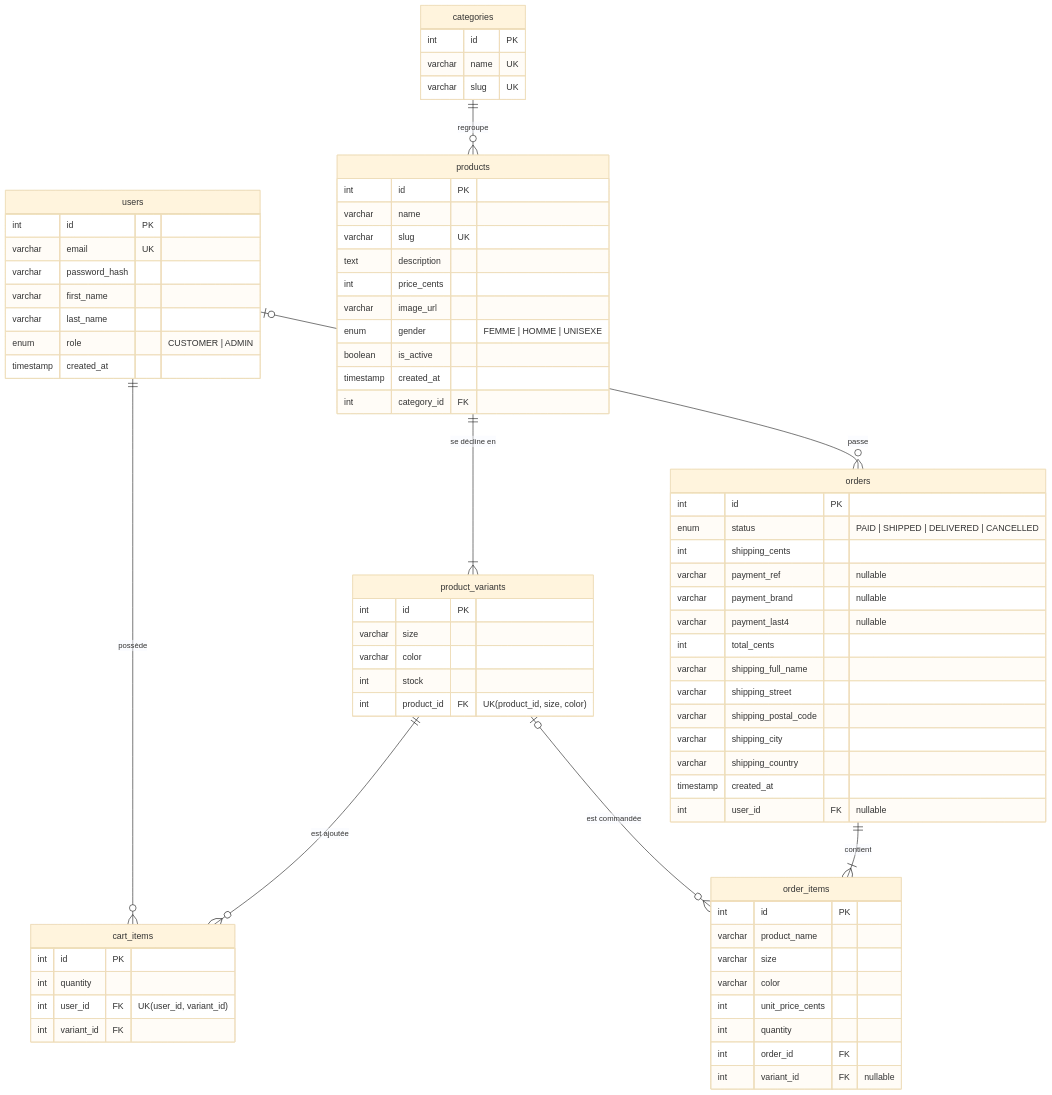
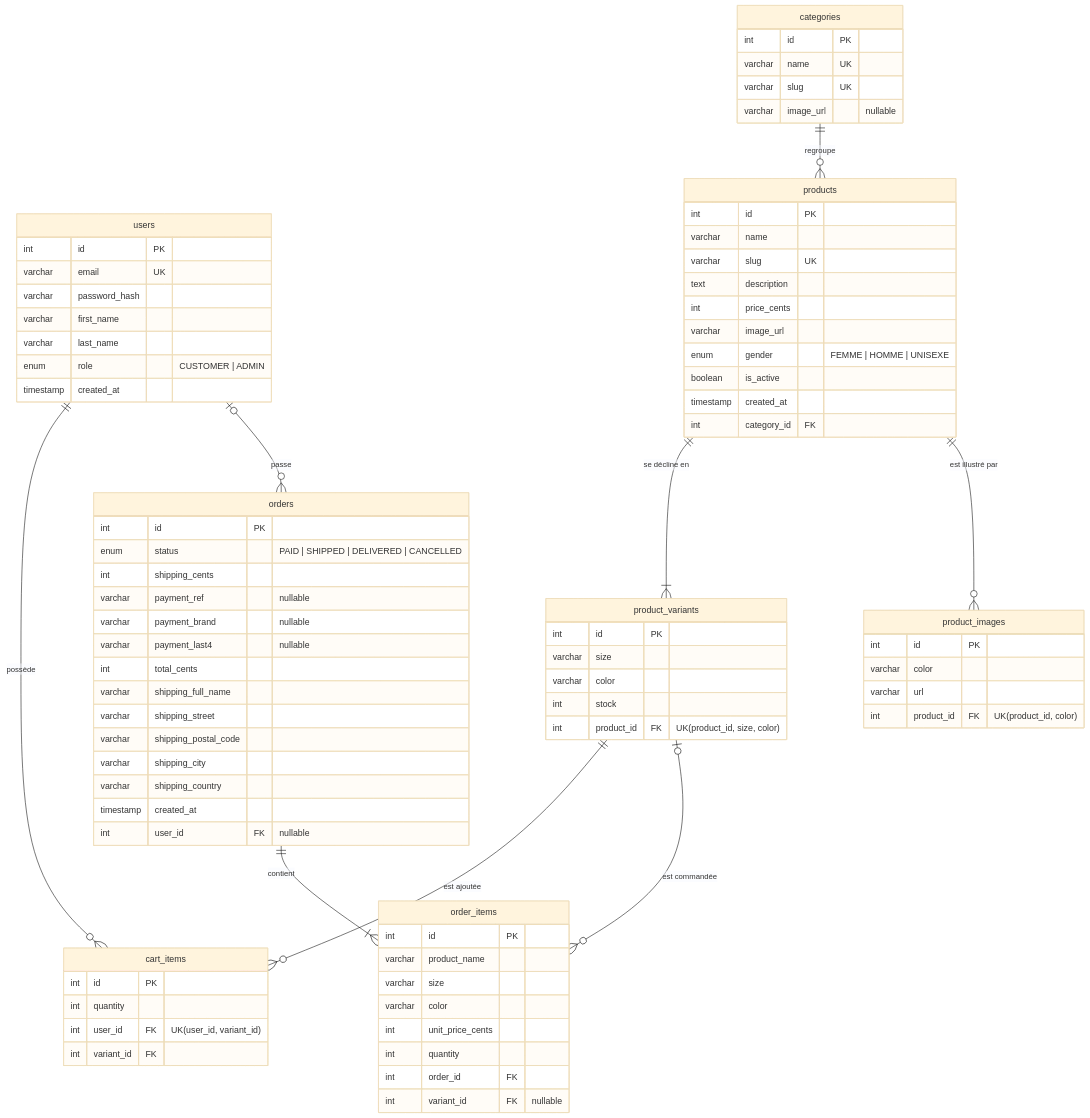
The second of 5 diagrams in docs/02-conception.md (anne-gaelle-bernard/E-commerce-), drawn with Mermaid (base theme) before and after one commit. The commit also changed other lines of this file and 26 other files, not shown here.

```diff
--- a/docs/02-conception.md
+++ b/docs/02-conception.md
@@ -72,6 +74,7 @@
     users |o--o{ orders : "passe"
     categories ||--o{ products : "regroupe"
     products ||--|{ product_variants : "se décline en"
+    products ||--o{ product_images : "est illustré par"
     product_variants ||--o{ cart_items : "est ajoutée"
     product_variants |o--o{ order_items : "est commandée"
     orders ||--|{ order_items : "contient"
@@ -89,6 +92,13 @@
         int id PK
         varchar name UK
         varchar slug UK
+        varchar image_url "nullable"
+    }
+    product_images {
+        int id PK
+        varchar color
+        varchar url
+        int product_id FK "UK(product_id, color)"
     }
     products {
         int id PK
```
